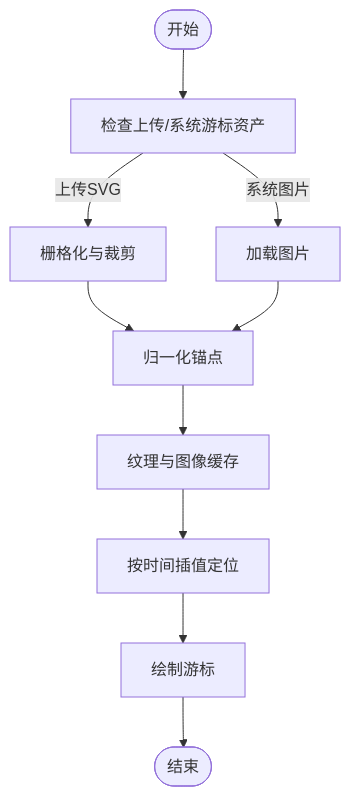
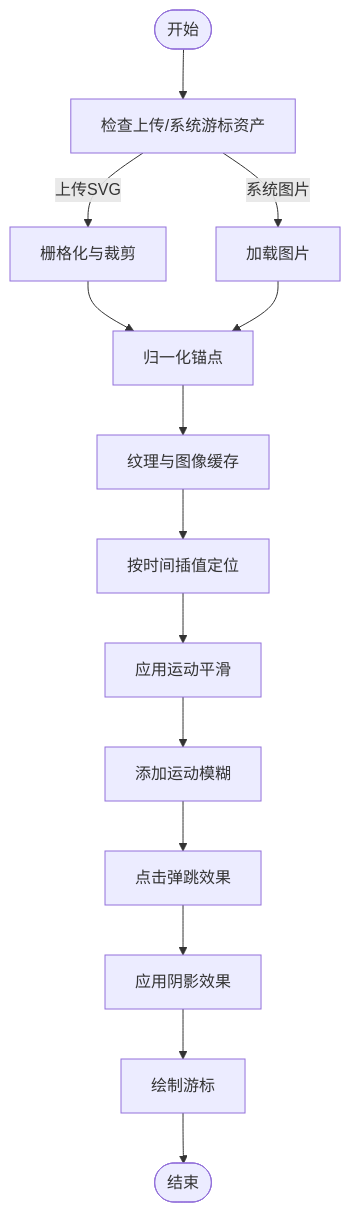
One commit to zhanggmin/openscreen changed the fifth of 9 diagrams in .qoder/repowiki/zh/content/游标遥测系统/游标遥测系统.md. Above: the diagram before and after it, drawn with Mermaid. The commit also changed other lines of this file and 68 other files, not shown here.

Commit message:
开发图文编辑功能

````diff
--- a/.qoder/repowiki/zh/content/游标遥测系统/游标遥测系统.md
+++ b/.qoder/repowiki/zh/content/游标遥测系统/游标遥测系统.md
@@ -213,12 +252,16 @@
 ```mermaid
 flowchart TD
 Start(["开始"]) --> CheckAsset["检查上传/系统游标资产"]
 CheckAsset --> |上传SVG| Rasterize["栅格化与裁剪"]
 CheckAsset --> |系统图片| LoadImg["加载图片"]
 Rasterize --> Normalize["归一化锚点"]
 LoadImg --> Normalize
 Normalize --> Cache["纹理与图像缓存"]
 Cache --> Interp["按时间插值定位"]
-Interp --> Render["绘制游标"]
+Interp --> Smooth["应用运动平滑"]
+Smooth --> MotionBlur["添加运动模糊"]
+MotionBlur --> ClickBounce["点击弹跳效果"]
+ClickBounce --> Shadow["应用阴影效果"]
+Shadow --> Render["绘制游标"]
 Render --> End(["结束"])
 ```
````
